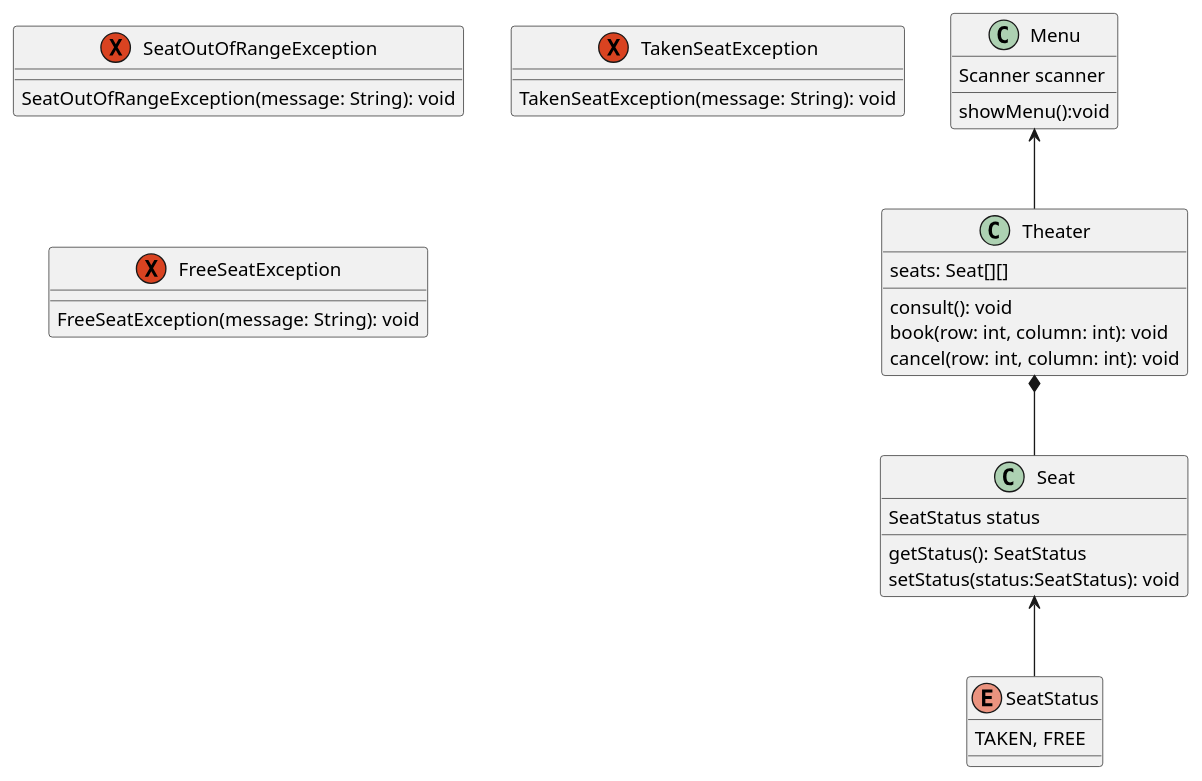
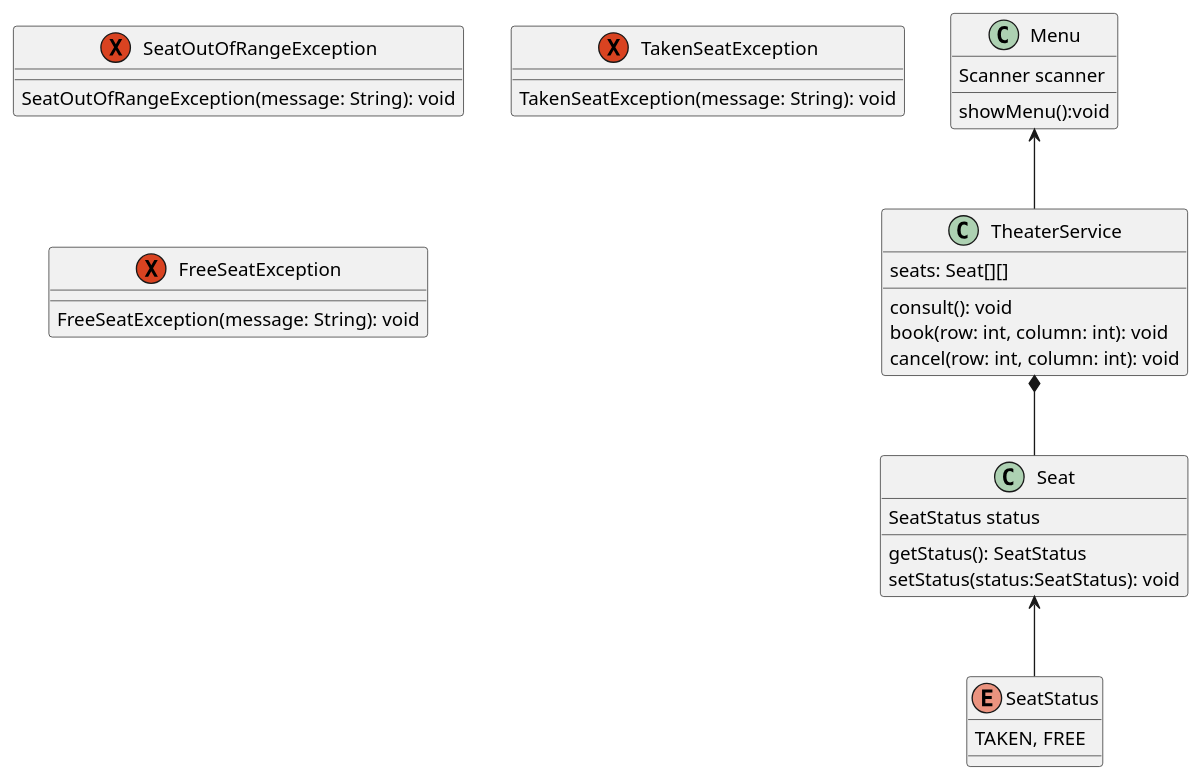
The diagram in src/main/resources/uml/theater.puml (juanse217/Seat-Booking-project), drawn with PlantUML before and after one commit. The commit also changed 10 other files, not shown here.

```diff
--- a/src/main/resources/uml/theater.puml
+++ b/src/main/resources/uml/theater.puml
@@ -1,46 +1,46 @@
 @startuml theater
 
 class Menu{
     Scanner scanner
 
     showMenu():void
 }
 
-Menu <-- Theater
+Menu <-- TheaterService
 
-class Theater{
+class TheaterService{
     seats: Seat[][]
 
     consult(): void 
     book(row: int, column: int): void
     cancel(row: int, column: int): void
 }
 
-Theater *-- Seat
+TheaterService *-- Seat
 
 
 class Seat{
     SeatStatus status
 
     getStatus(): SeatStatus
     setStatus(status:SeatStatus): void
 }
 
 Seat <-- SeatStatus
 
 enum SeatStatus{
     TAKEN, FREE
 }
 
 exception SeatOutOfRangeException{
     SeatOutOfRangeException(message: String): void
 }
 
 exception TakenSeatException{
     TakenSeatException(message: String): void
 }
 
 exception FreeSeatException{
     FreeSeatException(message: String): void
 }
 @enduml
```
